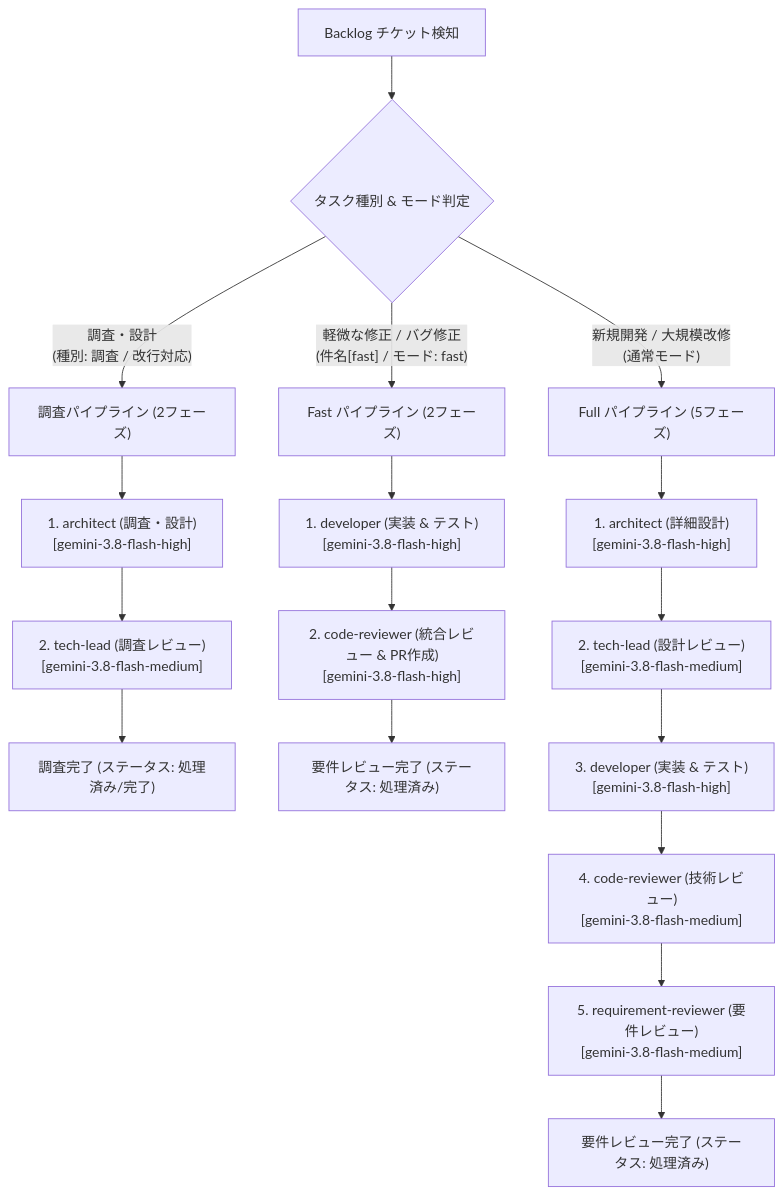
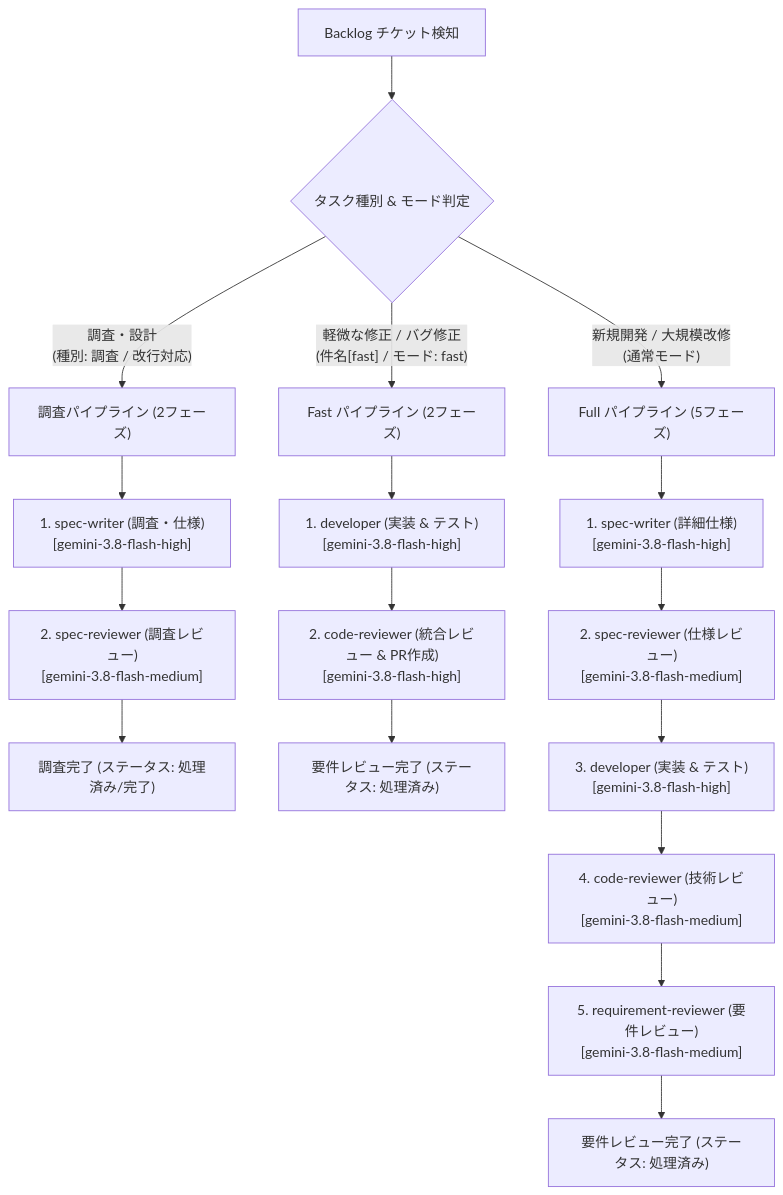
Before and after one commit to oharato/aidevflow: the diagram in docs/quota_optimization.md, drawn with Mermaid. The commit also changed other lines of this file and 18 other files, not shown here.

Commit message:
refactor(roles): rename architect and tech-lead to spec-writer and spec-reviewer (model B-1)

````diff
--- a/docs/quota_optimization.md
+++ b/docs/quota_optimization.md
@@ -22,25 +22,25 @@
 ```mermaid
 flowchart TD
     Issue["Backlog チケット検知"] --> Analysis{"タスク種別 & モード判定"}
 
     %% 調査タスク (2フェーズ)
     Analysis -->|"調査・設計\n(種別: 調査 / 改行対応)"| InvPath["調査パイプライン (2フェーズ)"]
-    InvPath --> Inv1["1. architect (調査・設計)\n[gemini-3.8-flash-high]"]
-    Inv1 --> Inv2["2. tech-lead (調査レビュー)\n[gemini-3.8-flash-medium]"]
+    InvPath --> Inv1["1. spec-writer (調査・仕様)\n[gemini-3.8-flash-high]"]
+    Inv1 --> Inv2["2. spec-reviewer (調査レビュー)\n[gemini-3.8-flash-medium]"]
     Inv2 --> InvDone["調査完了 (ステータス: 処理済み/完了)"]
 
     %% Fastモード (2フェーズ)
     Analysis -->|"軽微な修正 / バグ修正\n(件名[fast] / モード: fast)"| FastPath["Fast パイプライン (2フェーズ)"]
     FastPath --> Fast1["1. developer (実装 & テスト)\n[gemini-3.8-flash-high]"]
     Fast1 --> Fast2["2. code-reviewer (統合レビュー & PR作成)\n[gemini-3.8-flash-high]"]
     Fast2 --> FastDone["要件レビュー完了 (ステータス: 処理済み)"]
 
     %% 通常タスク (Full 5フェーズ)
     Analysis -->|"新規開発 / 大規模改修\n(通常モード)"| FullPath["Full パイプライン (5フェーズ)"]
-    FullPath --> F1["1. architect (詳細設計)\n[gemini-3.8-flash-high]"]
-    F1 --> F2["2. tech-lead (設計レビュー)\n[gemini-3.8-flash-medium]"]
+    FullPath --> F1["1. spec-writer (詳細仕様)\n[gemini-3.8-flash-high]"]
+    F1 --> F2["2. spec-reviewer (仕様レビュー)\n[gemini-3.8-flash-medium]"]
     F2 --> F3["3. developer (実装 & テスト)\n[gemini-3.8-flash-high]"]
     F3 --> F4["4. code-reviewer (技術レビュー)\n[gemini-3.8-flash-medium]"]
     F4 --> F5["5. requirement-reviewer (要件レビュー)\n[gemini-3.8-flash-medium]"]
     F5 --> FullDone["要件レビュー完了 (ステータス: 処理済み)"]
 ```
````
